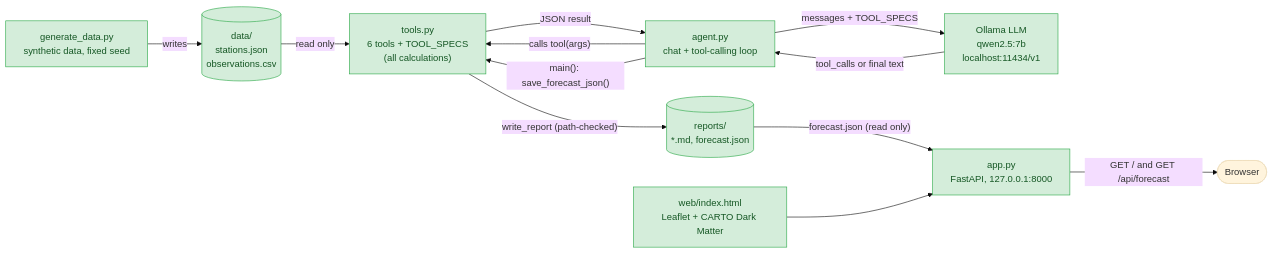
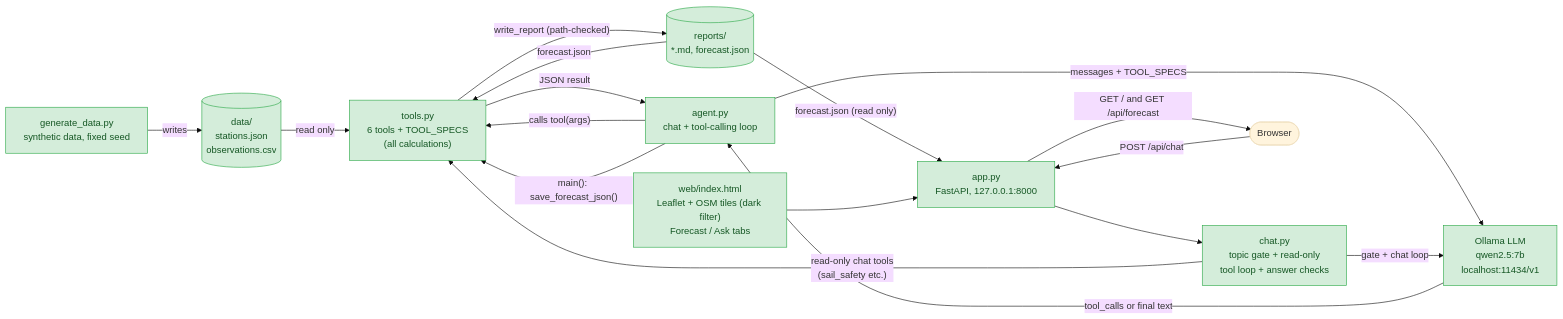
The first of 3 diagrams in docs/architecture.md (nil9/weather-agent), drawn with Mermaid (base theme) before and after one commit. The commit also changed other lines of this file and 10 other files, not shown here.

````diff
--- a/docs/architecture.md
+++ b/docs/architecture.md
@@ -31,28 +34,34 @@
 ```mermaid
 flowchart LR
     gen["generate_data.py<br/>synthetic data, fixed seed"]
     data[("data/<br/>stations.json<br/>observations.csv")]
     tools["tools.py<br/>6 tools + TOOL_SPECS<br/>(all calculations)"]
     agent["agent.py<br/>chat + tool-calling loop"]
     llm["Ollama LLM<br/>qwen2.5:7b<br/>localhost:11434/v1"]
     reports[("reports/<br/>*.md, forecast.json")]
     app["app.py<br/>FastAPI, 127.0.0.1:8000"]
-    web["web/index.html<br/>Leaflet + CARTO Dark Matter"]
+    chat["chat.py<br/>topic gate + read-only<br/>tool loop + answer checks"]
+    web["web/index.html<br/>Leaflet + OSM tiles (dark filter)<br/>Forecast / Ask tabs"]
     browser(["Browser"])
 
     gen -->|writes| data
     data -->|read only| tools
     agent -->|"calls tool(args)"| tools
     tools -->|JSON result| agent
     agent -->|"messages + TOOL_SPECS"| llm
     llm -->|"tool_calls or final text"| agent
     tools -->|"write_report (path-checked)"| reports
     agent -->|"main(): save_forecast_json()"| tools
     reports -->|"forecast.json (read only)"| app
     web --> app
     app -->|"GET / and GET /api/forecast"| browser
+    browser -->|"POST /api/chat"| app
+    app --> chat
+    chat -->|"gate + chat loop"| llm
+    chat -->|"read-only chat tools<br/>(sail_safety etc.)"| tools
+    reports -->|"forecast.json"| tools
 
     classDef done fill:#d4edda,stroke:#28a745,color:#155724
     classDef todo fill:#f1f3f5,stroke:#adb5bd,color:#495057,stroke-dasharray: 5 5
-    class gen,data,tools,reports,agent,llm,app,web done
+    class gen,data,tools,reports,agent,llm,app,web,chat done
 ```
````
